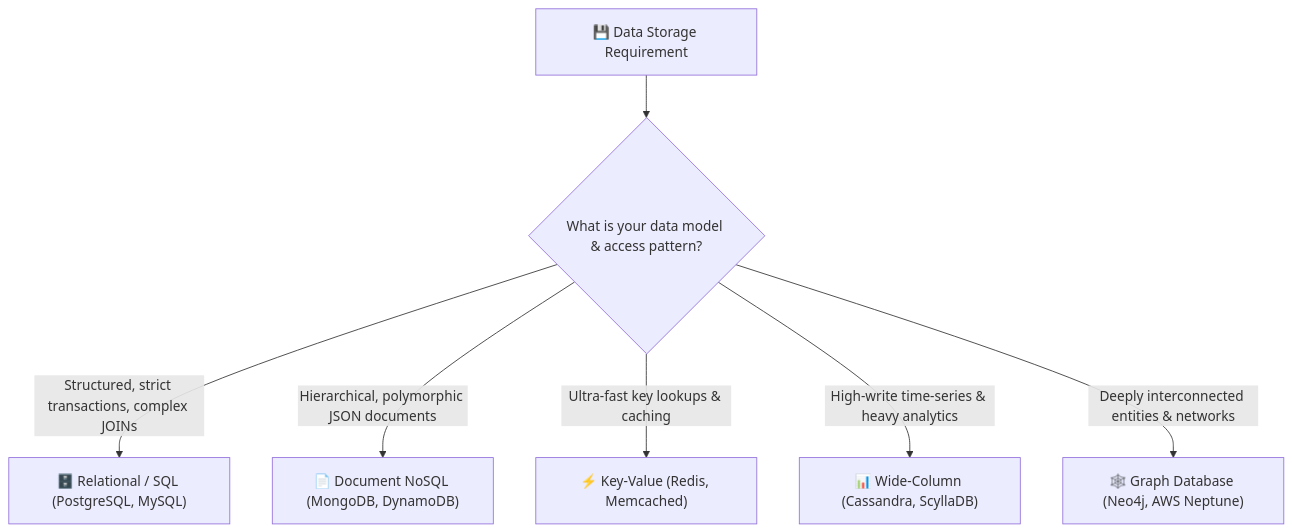
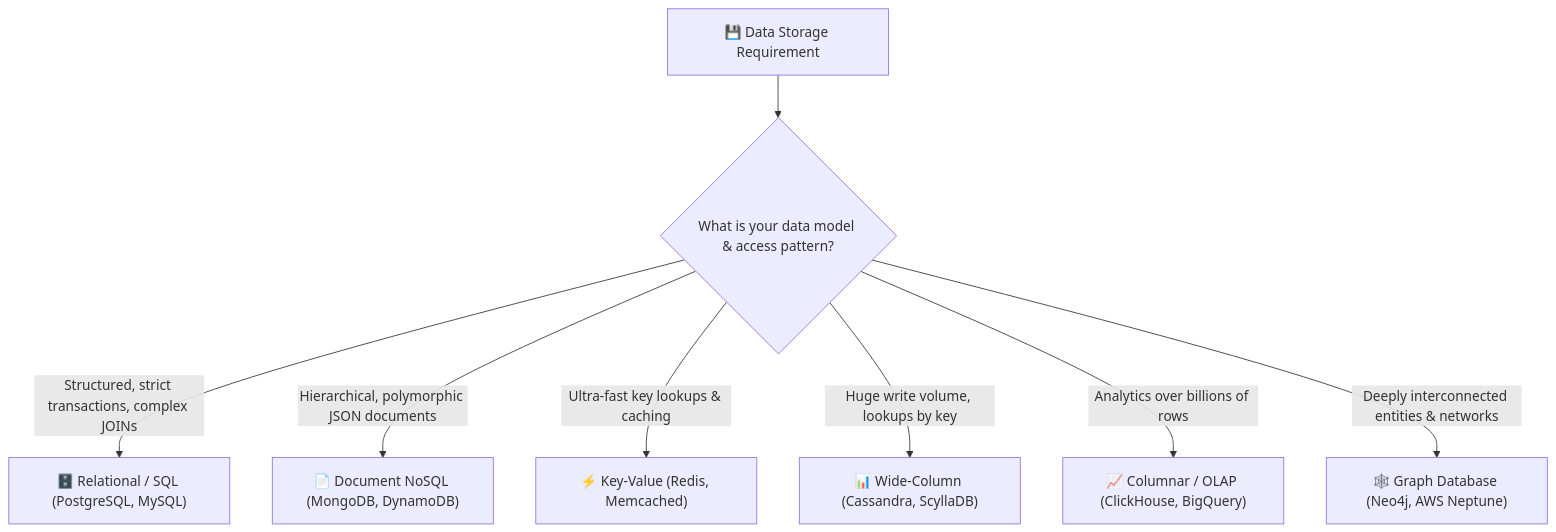
The diagram in 06-relational-and-non-relational-databases/README.md (Aniketchavan7/system-design-illustrated), drawn with Mermaid before and after one commit. The commit also changed other lines of this file and 26 other files, not shown here.

Commit message:
fix: correct factual errors, broken diagrams and formulas; replace generic trade-offs with topic-specific ones

````diff
--- a/06-relational-and-non-relational-databases/README.md
+++ b/06-relational-and-non-relational-databases/README.md
@@ -14,10 +14,11 @@
 ```mermaid
 flowchart TD
     DataReq["💾 Data Storage Requirement"] --> QueryType{"What is your data model & access pattern?"}
 
     QueryType -->|Structured, strict transactions, complex JOINs| SQL["🗄️ Relational / SQL (PostgreSQL, MySQL)"]
     QueryType -->|Hierarchical, polymorphic JSON documents| Doc["📄 Document NoSQL (MongoDB, DynamoDB)"]
     QueryType -->|Ultra-fast key lookups & caching| KV["⚡ Key-Value (Redis, Memcached)"]
-    QueryType -->|High-write time-series & heavy analytics| Wide["📊 Wide-Column (Cassandra, ScyllaDB)"]
+    QueryType -->|Huge write volume, lookups by key| Wide["📊 Wide-Column (Cassandra, ScyllaDB)"]
+    QueryType -->|Analytics over billions of rows| Col["📈 Columnar / OLAP (ClickHouse, BigQuery)"]
     QueryType -->|Deeply interconnected entities & networks| Graph["🕸️ Graph Database (Neo4j, AWS Neptune)"]
 ```
````
